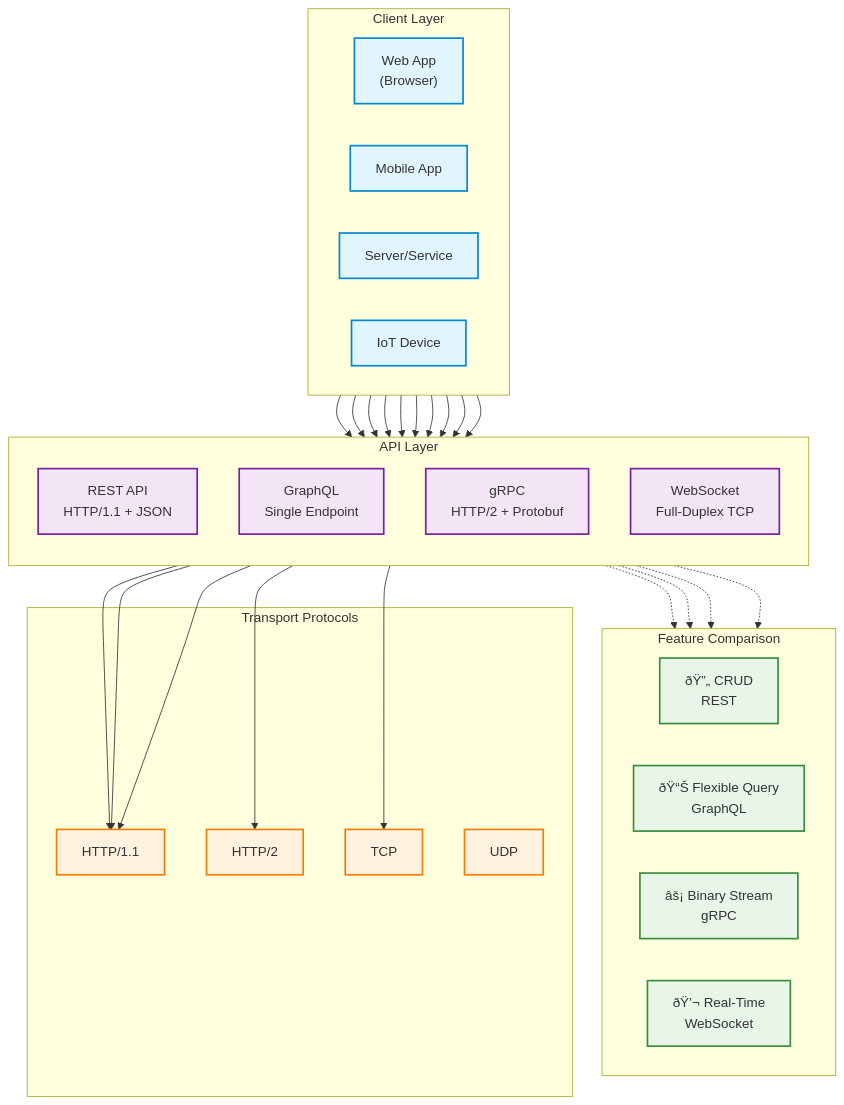
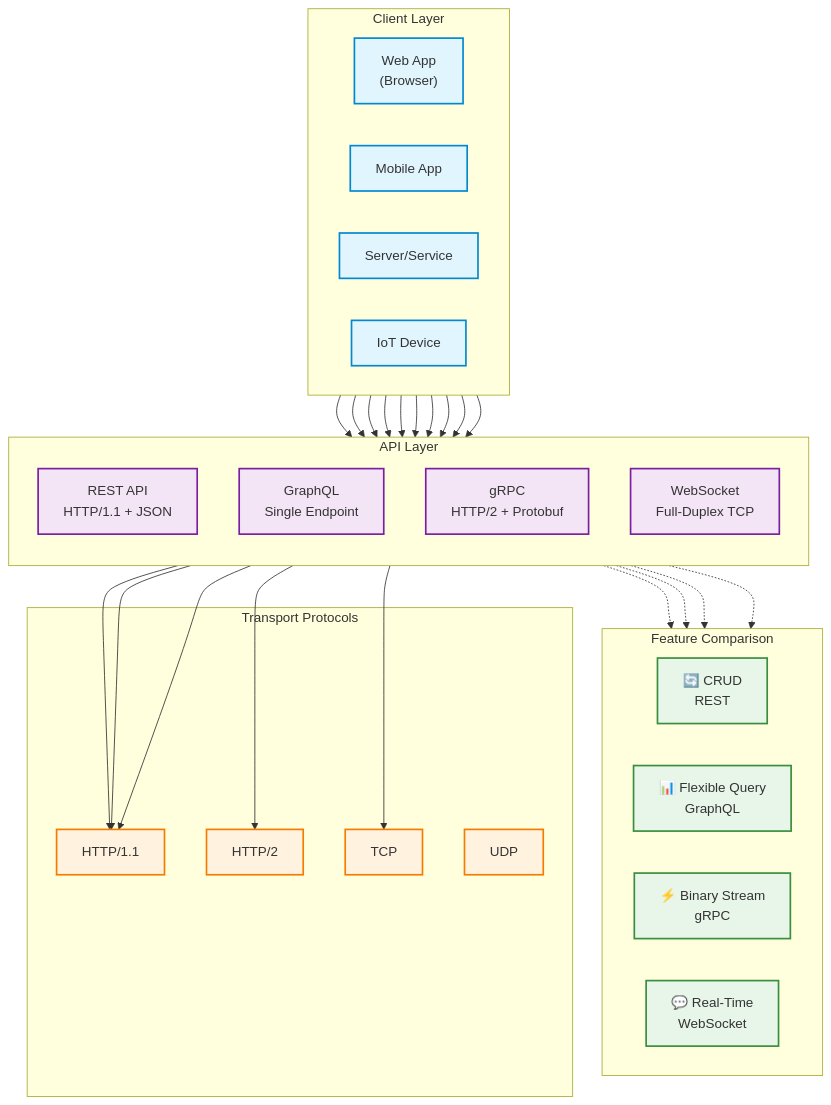
Before and after one commit to Raushan666java/ai-engineering-journey: the diagram in docs/courses/computer-networks/15-web-apis.md, drawn with Mermaid. The commit also changed other lines of this file and 965 other files, not shown here.

````diff
--- a/docs/courses/computer-networks/15-web-apis.md
+++ b/docs/courses/computer-networks/15-web-apis.md
@@ -1935,64 +1935,64 @@
 ```mermaid
 graph TB
   subgraph Clients["Client Layer"]
     direction LR
     WA["Web App<br/>(Browser)"]
     MA["Mobile App"]
     SR["Server/Service"]
     IO["IoT Device"]
   end
 
   subgraph API["API Layer"]
     direction TB
     REST["REST API<br/>HTTP/1.1 + JSON"]
     GQL["GraphQL<br/>Single Endpoint"]
     GRPC["gRPC<br/>HTTP/2 + Protobuf"]
     WS["WebSocket<br/>Full-Duplex TCP"]
   end
 
   subgraph Features["Feature Comparison"]
     direction LR
-    F1["ðŸ”„ CRUD<br/>REST"]
-    F2["ðŸ“Š Flexible Query<br/>GraphQL"]
-    F3["âš¡ Binary Stream<br/>gRPC"]
-    F4["ðŸ’¬ Real-Time<br/>WebSocket"]
+    F1["🔄 CRUD<br/>REST"]
+    F2["📊 Flexible Query<br/>GraphQL"]
+    F3["⚡ Binary Stream<br/>gRPC"]
+    F4["💬 Real-Time<br/>WebSocket"]
   end
 
   subgraph Transport["Transport Protocols"]
     HTTP1["HTTP/1.1"]
     HTTP2["HTTP/2"]
     TCP["TCP"]
     UDP["UDP"]
   end
 
   WA --> REST
   WA --> GQL
   WA --> WS
   MA --> REST
   MA --> GQL
   MA --> GRPC
   SR --> GRPC
   SR --> REST
   IO --> WS
   IO --> REST
 
   REST --> HTTP1
   GQL --> HTTP1
   GRPC --> HTTP2
   WS --> TCP
   WS --> HTTP1
 
   REST -.-> F1
   GQL -.-> F2
   GRPC -.-> F3
   WS -.-> F4
 
   classDef client fill:#e1f5fe,stroke:#0288d1,stroke-width:2px
   classDef api fill:#f3e5f5,stroke:#7b1fa2,stroke-width:2px
   classDef feature fill:#e8f5e9,stroke:#388e3c,stroke-width:2px
   classDef transport fill:#fff3e0,stroke:#f57c00,stroke-width:2px
   class WA,MA,SR,IO client
   class REST,GQL,GRPC,WS api
   class F1,F2,F3,F4 feature
   class HTTP1,HTTP2,TCP,UDP transport
 ```
````
